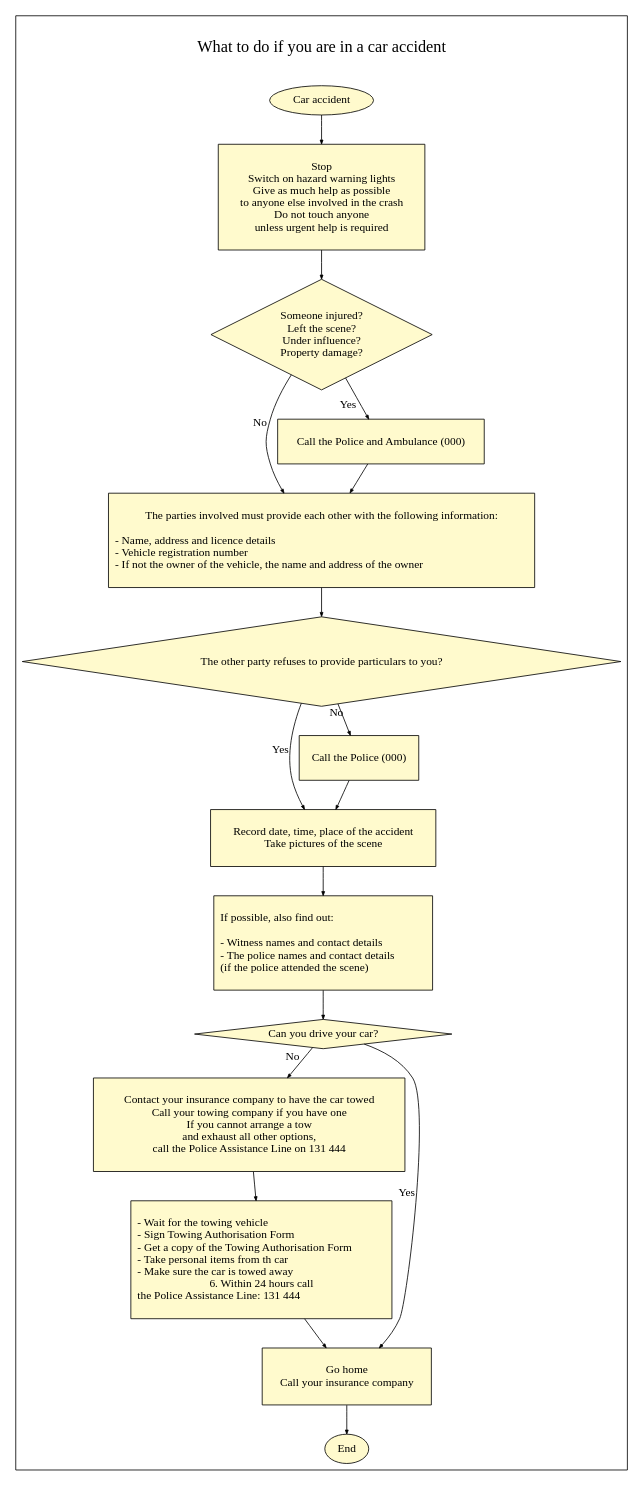
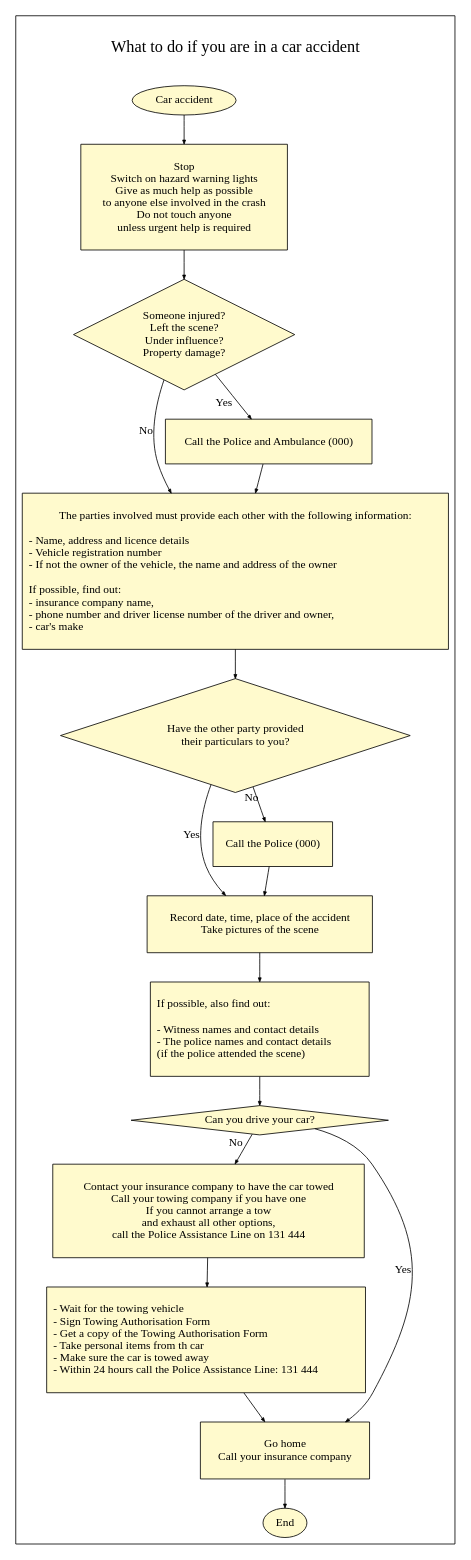
Before and after one commit to machetto/caraccident: the diagram in what_to_do_in_car_accident_eng.dot, drawn with Graphviz. The commit also changed 2 other files, not shown here.

```diff
--- a/what_to_do_in_car_accident_eng.dot
+++ b/what_to_do_in_car_accident_eng.dot
@@ -1,62 +1,62 @@
 digraph {
 fontsize=20; fontname=Calibri;bgcolor="white";
 #splines=ortho; nodesep=0;
 edge [penwidth=1, color=black, arrowsize=.5, fontname=Calibri]
 
 subgraph cluster_0 {
 
 label = "\nWhat to do if you are in a car accident\n\n";
 
 node [shape=box, fontname=Calibri, style=filled,fillcolor=lemonchiffon;];
 
 {node [label="\nStop\nSwitch on hazard warning lights\nGive as much help as possible\nto anyone else involved in the crash\nDo not touch anyone\nunless urgent help is required\n\n"] N2;}
 
-{node [label="\nThe parties involved must provide each other with the following information:\n\n- Name, address and licence details\l- Vehicle registration number\l- If not the owner of the vehicle, the name and address of the owner\l\n"] N5; }
+{node [label="\nThe parties involved must provide each other with the following information:\n\n- Name, address and licence details\l- Vehicle registration number\l- If not the owner of the vehicle, the name and address of the owner\l\nIf possible, find out:\l- insurance company name,\l- phone number and driver license number of the driver and owner,\l- car's make\l\n"] N5; }
 
 {node [label="\nRecord date, time, place of the accident\nTake pictures of the scene\n\n"] N8;}
 
 {node [label="\nIf possible, also find out:\l\l- Witness names and contact details\l- The police names and contact details\l(if the police attended the scene)\l\n"] "N9";}
 
 {node [label="\nContact your insurance company to have the car towed\nCall your towing company if you have one\nIf you cannot arrange a tow\nand exhaust all other options,\ncall the Police Assistance Line on 131 444\n\n"] "N12";}
 
-{node [label="\l- Wait for the towing vehicle\l- Sign Towing Authorisation Form\l- Get a copy of the Towing Authorisation Form\l- Take personal items from th car\l- Make sure the car is towed away\l6. Within 24 hours call\nthe Police Assistance Line: 131 444\l\n"] "N13";}
+{node [label="\l- Wait for the towing vehicle\l- Sign Towing Authorisation Form\l- Get a copy of the Towing Authorisation Form\l- Take personal items from th car\l- Make sure the car is towed away\l- Within 24 hours call the Police Assistance Line: 131 444\l\n"] "N13";}
 
 {node [label="\nGo home\nCall your insurance company\n\n"] "N14";}
 
 {node [label="\nCall the Police and Ambulance (000)\n\n"] "N4";}
 
 {node [label="\nCall the Police (000)\n\n"] "N7";}
 
 node [shape=ellipse];
 
 {node [label="Car accident"] N1; }
 
 {node [label="End"] N15; }
 
 node [shape=diamond];
 
 {node [label="Someone injured?\nLeft the scene?\nUnder influence?\nProperty damage?"] "N3";}
 
-{node [label="\nThe other party refuses to provide particulars to you?\n\n"] N6;}
+{node [label="\nHave the other party provided\ntheir particulars to you?\n\n"] N6;}
 
 {node [label="Can you drive your car?"] N11;}
 
 }
 
 N1 -> N2;
 N2 -> N3;
 N3 -> N4 [xlabel="Yes"];
 N4 -> N5;
 N3 -> N5 [xlabel="No"];
 N5 -> N6;
 N6 -> N7 [xlabel="No"];
 N7 -> N8;
 N6 -> N8 [xlabel="Yes"];
 N8 -> N9;
 N9 -> N11;
 N11 -> N12 [xlabel="No"];
 N12 -> N13;
 N13 -> N14;
 N14 -> N15;
 N11 -> N14 [xlabel="Yes"];
 }
```
